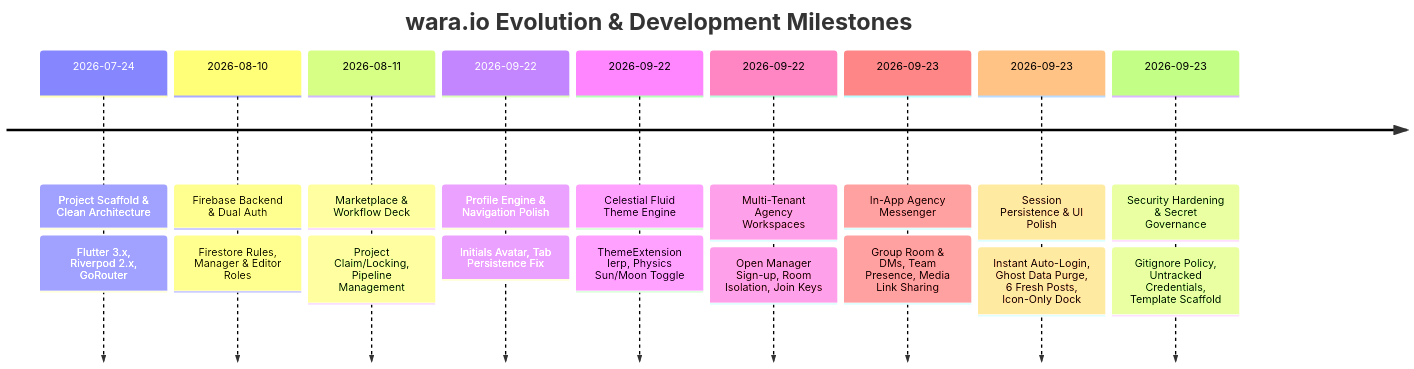
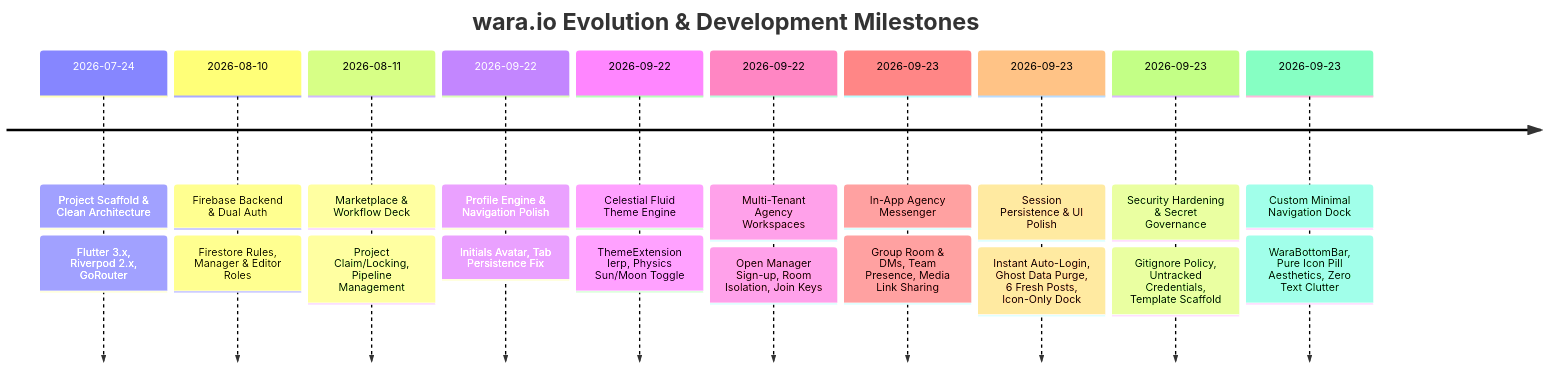
Before and after one commit to IshraqRafi/WARA-Mobile-App: the diagram in PROGRESS.md, drawn with Mermaid. The commit also changed other lines of this file and 2 other files, not shown here.

Commit message:
feat(ui): implement custom WaraBottomBar with minimal icon-only dock and zero text labels

````diff
--- a/PROGRESS.md
+++ b/PROGRESS.md
@@ -9,13 +9,14 @@
 ```mermaid
 timeline
     title wara.io Evolution & Development Milestones
     2026-07-24 : Project Scaffold & Clean Architecture : Flutter 3.x, Riverpod 2.x, GoRouter
     2026-08-10 : Firebase Backend & Dual Auth : Firestore Rules, Manager & Editor Roles
     2026-08-11 : Marketplace & Workflow Deck : Project Claim/Locking, Pipeline Management
     2026-09-22 : Profile Engine & Navigation Polish : Initials Avatar, Tab Persistence Fix
     2026-09-22 : Celestial Fluid Theme Engine : ThemeExtension lerp, Physics Sun/Moon Toggle
     2026-09-22 : Multi-Tenant Agency Workspaces : Open Manager Sign-up, Room Isolation, Join Keys
     2026-09-23 : In-App Agency Messenger : Group Room & DMs, Team Presence, Media Link Sharing
     2026-09-23 : Session Persistence & UI Polish : Instant Auto-Login, Ghost Data Purge, 6 Fresh Posts, Icon-Only Dock
     2026-09-23 : Security Hardening & Secret Governance : Gitignore Policy, Untracked Credentials, Template Scaffold
+    2026-09-23 : Custom Minimal Navigation Dock : WaraBottomBar, Pure Icon Pill Aesthetics, Zero Text Clutter
 ```
````
